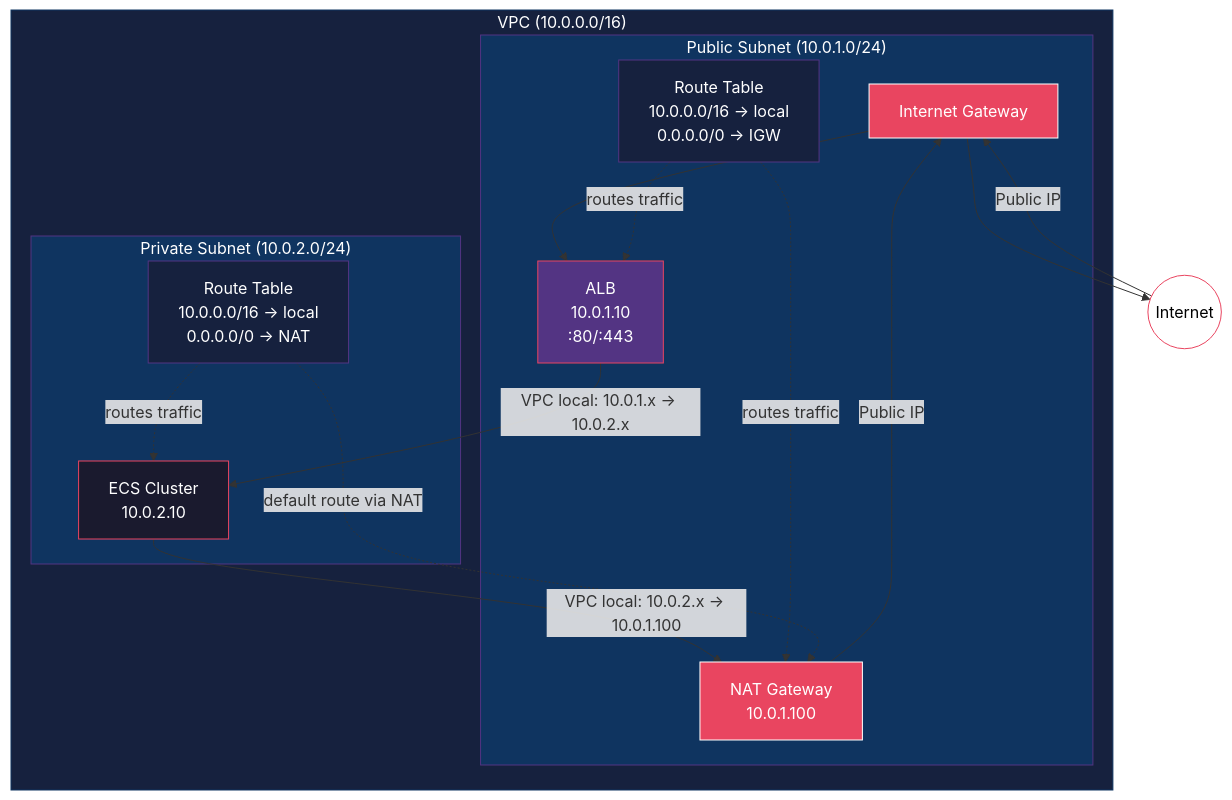
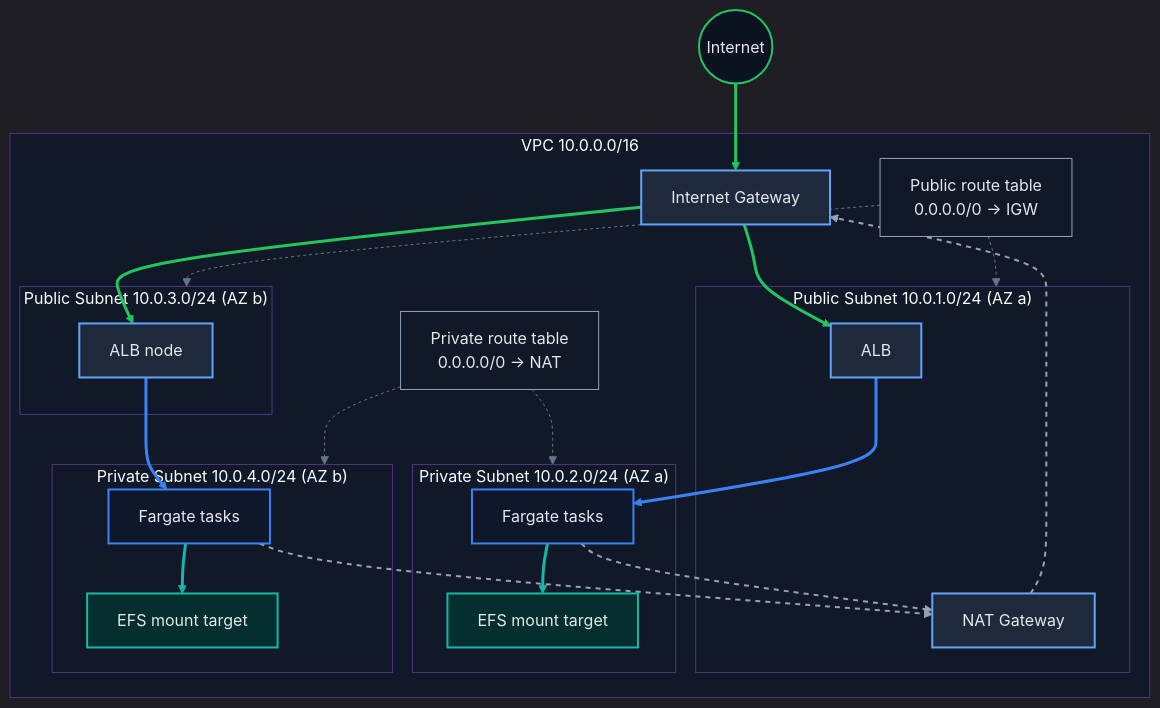
Before and after one commit to oriax11/Cloud-Design: the third of 3 diagrams in docs/architecture-plan.md, drawn with Mermaid. The commit also changed other lines of this file and 1 other file, not shown here.

````diff
--- a/docs/architecture-plan.md
+++ b/docs/architecture-plan.md
@@ -224,41 +274,63 @@
 ```mermaid
+%%{init: {'theme':'dark', 'themeVariables': {'background':'#0f172a','mainBkg':'#1f2937','primaryColor':'#1f2937','primaryTextColor':'#e5e7eb','primaryBorderColor':'#e94560','lineColor':'#9ca3af','textColor':'#e5e7eb','clusterBkg':'#111827','clusterBorder':'#533483','edgeLabelBackground':'#1f2937','fontFamily':'ui-monospace, monospace'}}}%%
 flowchart TB
-    subgraph VPC["VPC (10.0.0.0/16)"]
-        subgraph Public_Subnet["Public Subnet (10.0.1.0/24)"]
-            IGW[Internet Gateway]
-            ALB[ALB<br/>10.0.1.10<br/>:80/:443]
-            NAT[NAT Gateway<br/>10.0.1.100]
-            PUB_RT["Route Table<br/>10.0.0.0/16 → local<br/>0.0.0.0/0 → IGW"]
+    subgraph VPC["VPC 10.0.0.0/16"]
+        IGW[Internet Gateway]
+
+        subgraph PubA["Public Subnet 10.0.1.0/24 (AZ a)"]
+            ALB[ALB]
+            NAT[NAT Gateway]
         end
 
-        subgraph Private_Subnet["Private Subnet (10.0.2.0/24)"]
-            ECS_Container[ECS Cluster<br/>10.0.2.10]
-            PRIV_RT["Route Table<br/>10.0.0.0/16 → local<br/>0.0.0.0/0 → NAT"]
+        subgraph PubB["Public Subnet 10.0.3.0/24 (AZ b)"]
+            ALBb[ALB node]
         end
+
+        subgraph PrivA["Private Subnet 10.0.2.0/24 (AZ a)"]
+            TASKSA[Fargate tasks]
+            EFSMA[EFS mount target]
+        end
+
+        subgraph PrivB["Private Subnet 10.0.4.0/24 (AZ b)"]
+            TASKSB[Fargate tasks]
+            EFSMB[EFS mount target]
+        end
+
+        PUBRT["Public route table<br/>0.0.0.0/0 -> IGW"]
+        PRIVRT["Private route table<br/>0.0.0.0/0 -> NAT"]
     end
 
     Internet((Internet))
+    Internet --> IGW
+    IGW --> ALB
+    IGW --> ALBb
+    ALB --> TASKSA
+    ALBb --> TASKSB
+    TASKSA --> NAT
+    TASKSB --> NAT
+    NAT --> IGW
+    TASKSA --> EFSMA
+    TASKSB --> EFSMB
+    PUBRT -.-> PubA
+    PUBRT -.-> PubB
+    PRIVRT -.-> PrivA
+    PRIVRT -.-> PrivB
 
-    Internet -->|Public IP| IGW
-    IGW --> ALB
-    ALB -->|VPC local: 10.0.1.x → 10.0.2.x| ECS_Container
-    ECS_Container -->|VPC local: 10.0.2.x → 10.0.1.100| NAT
-    NAT -->|Public IP| IGW
-    IGW --> Internet
+    classDef external fill:#0b1220,stroke:#22c55e,color:#e5e7eb,stroke-width:2px
+    classDef public fill:#1e293b,stroke:#60a5fa,color:#e5e7eb,stroke-width:2px
+    classDef private fill:#0f172a,stroke:#3b82f6,color:#e5e7eb,stroke-width:2px
+    classDef storage fill:#042f2e,stroke:#14b8a6,color:#e5e7eb,stroke-width:2px
+    classDef routing fill:#111827,stroke:#94a3b8,color:#e5e7eb,stroke-width:1px
 
-    PUB_RT -.->|routes traffic| ALB
-    PUB_RT -.->|routes traffic| NAT
-    PRIV_RT -.->|routes traffic| ECS_Container
-    PRIV_RT -.->|default route via NAT| NAT
+    class Internet external
+    class IGW,ALB,ALBb,NAT public
+    class TASKSA,TASKSB private
+    class EFSMA,EFSMB storage
+    class PUBRT,PRIVRT routing
 
-    style VPC fill:#16213e,stroke:#0f3460,color:#ffffff
-    style Public_Subnet fill:#0f3460,stroke:#533483,color:#ffffff
-    style Private_Subnet fill:#0f3460,stroke:#533483,color:#ffffff
-    style IGW fill:#e94560,stroke:#ffffff,color:#ffffff
-    style ALB fill:#533483,stroke:#e94560,color:#ffffff
-    style NAT fill:#e94560,stroke:#ffffff,color:#ffffff
-    style ECS_Container fill:#1a1a2e,stroke:#e94560,color:#ffffff
-    style PUB_RT fill:#16213e,stroke:#533483,color:#ffffff
-    style PRIV_RT fill:#16213e,stroke:#533483,color:#ffffff
-    style Internet fill:#ffffff,stroke:#e94560,color:#000000
+    linkStyle 0,1,2 stroke:#22c55e,stroke-width:3px
+    linkStyle 3,4 stroke:#3b82f6,stroke-width:3px
+    linkStyle 5,6,7 stroke:#94a3b8,stroke-width:2px,stroke-dasharray:5 5
+    linkStyle 8,9 stroke:#14b8a6,stroke-width:3px
+    linkStyle 10,11,12,13 stroke:#64748b,stroke-width:1px,stroke-dasharray:3 3
 ```
````
